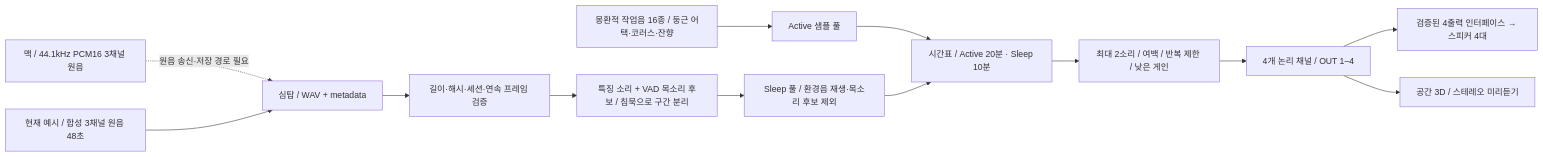
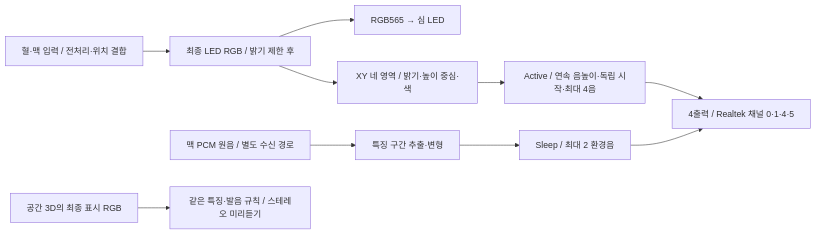
Before and after one commit to skynot0625/2026_Ripples: the diagram in docs/TOWER_AUDIO.md, drawn with Mermaid. The commit also changed other lines of this file and 20 other files, not shown here.

Commit message:
Derive polyphonic Active audio from final displayed LED values

````diff
--- a/docs/TOWER_AUDIO.md
+++ b/docs/TOWER_AUDIO.md
@@ -9,15 +7,12 @@
 ```mermaid
 flowchart LR
-  W["몽환적 작업음 16종 / 둥근 어택·코러스·잔향"] --> A["Active 샘플 풀"]
-  M["맥 / 44.1kHz PCM16 3채널 원음"] -. "원음 송신·저장 경로 필요" .-> R["심탑 / WAV + metadata"]
-  D["현재 예시 / 합성 3채널 원음 48초"] --> R
-  R --> V["길이·해시·세션·연속 프레임 검증"]
-  V --> E["특징 소리 + VAD 목소리 후보 / 침묵으로 구간 분리"]
-  E --> S["Sleep 풀 / 환경음 재생·목소리 후보 제외"]
-  A --> P["시간표 / Active 20분 · Sleep 10분"]
-  S --> P
-  P --> L["최대 2소리 / 여백 / 반복 제한 / 낮은 게인"]
-  L --> C["4개 논리 채널 / OUT 1–4"]
-  C --> H["검증된 4출력 인터페이스 → 스피커 4대"]
-  C --> B["공간 3D / 스테레오 미리듣기"]
+  S["혈·맥 입력 / 전처리·위치 결합"] --> V["최종 LED RGB / 밝기 제한 후"]
+  V --> L["RGB565 → 심 LED"]
+  V --> F["XY 네 영역 / 밝기·높이 중심·색"]
+  F --> A["Active / 연속 음높이·독립 시작·최대 4음"]
+  M["맥 PCM 원음 / 별도 수신 경로"] --> E["특징 구간 추출·변형"]
+  E --> D["Sleep / 최대 2 환경음"]
+  A --> O["4출력 / Realtek 채널 0·1·4·5"]
+  D --> O
+  T["공간 3D의 최종 표시 RGB"] --> B["같은 특징·발음 규칙 / 스테레오 미리듣기"]
 ```
````
